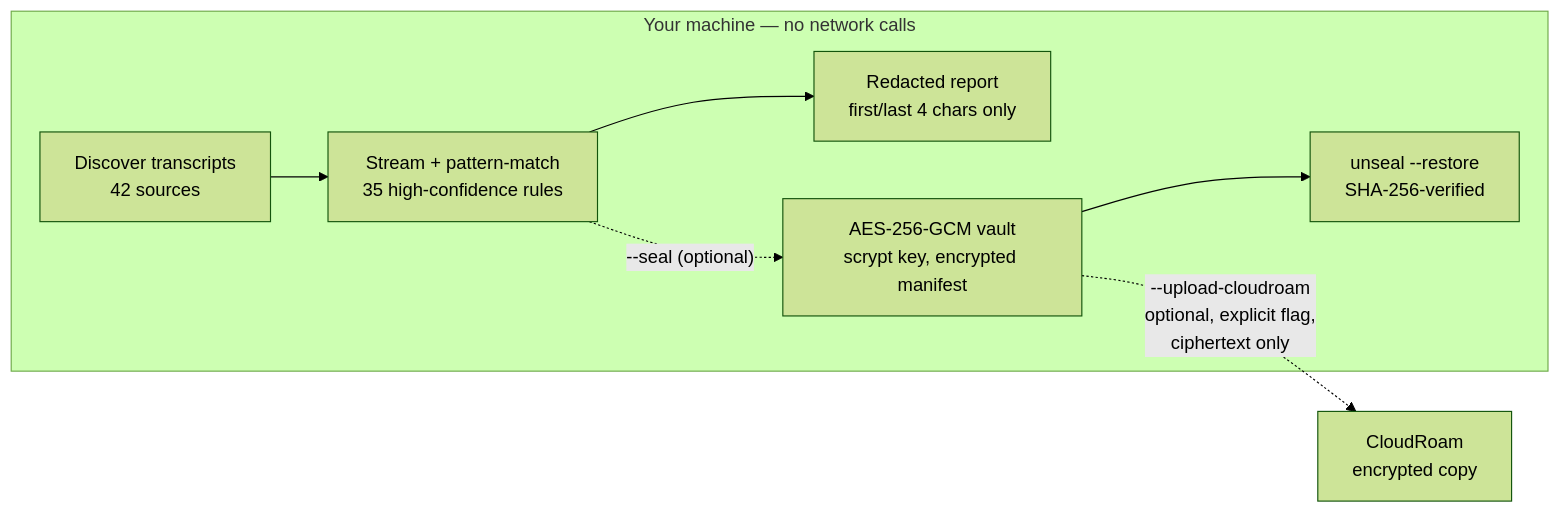
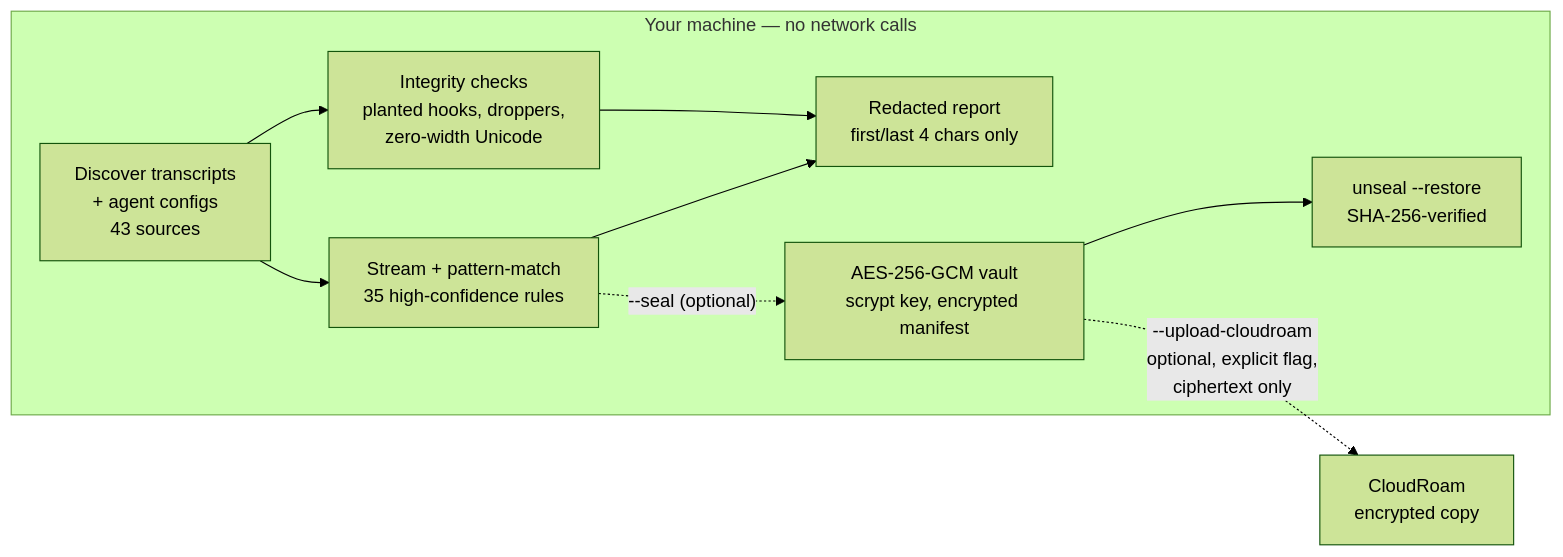
One commit to dandovdub/residoo changed the diagram in README.md. Above: the diagram before and after it, drawn with Mermaid (forest theme). The commit also changed other lines of this file and 9 other files, not shown here.

````diff
--- a/README.md
+++ b/README.md
@@ -105,10 +156,12 @@
 ```mermaid
 flowchart LR
     subgraph machine["Your machine — no network calls"]
-        A["Discover transcripts<br/>42 sources"] --> B["Stream + pattern-match<br/>35 high-confidence rules"]
+        A["Discover transcripts<br/>+ agent configs<br/>43 sources"] --> B["Stream + pattern-match<br/>35 high-confidence rules"]
+        A --> G["Integrity checks<br/>planted hooks, droppers,<br/>zero-width Unicode"]
         B --> C["Redacted report<br/>first/last 4 chars only"]
+        G --> C
         B -.->|"--seal (optional)"| D["AES-256-GCM vault<br/>scrypt key, encrypted manifest"]
         D --> E["unseal --restore<br/>SHA-256-verified"]
     end
     D -.->|"--upload-cloudroam<br/>optional, explicit flag,<br/>ciphertext only"| F["CloudRoam<br/>encrypted copy"]
 ```
````
